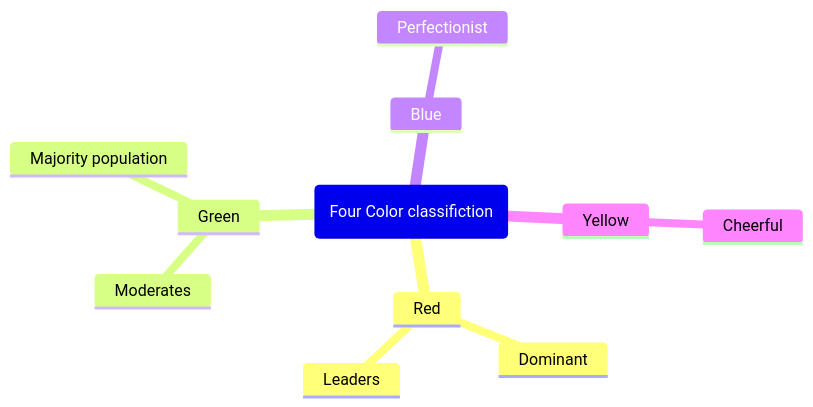
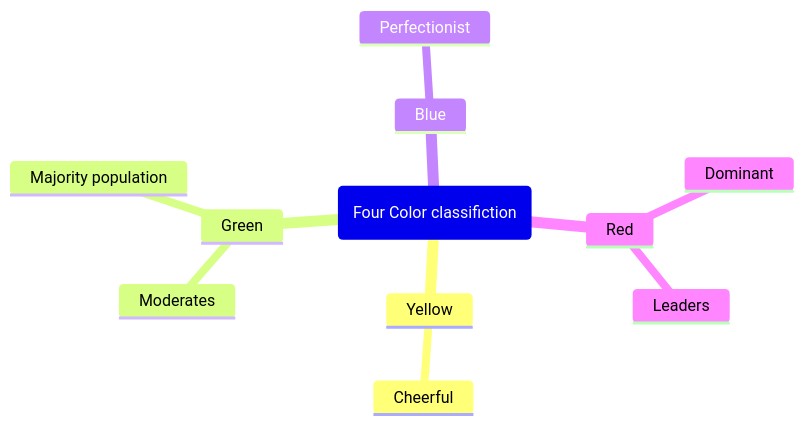
The diagram in reading_notes/Surrounded by idiots.md (gouravnema/notes), drawn with Mermaid before and after one commit.

Commit message:
Gouravs-MacBook-Air.local 2026-8-19:8:34:50

````diff
--- a/reading_notes/Surrounded by idiots.md
+++ b/reading_notes/Surrounded by idiots.md
@@ -3,15 +3,16 @@
 ```mermaid
 mindmap
         DISA (Four Color classifiction)
-         Red
-          Dominant 
-          Leaders
+         Yellow
+          Cheerful
          Green 
           Moderates
           Majority population
          Blue
           Perfectionist
-         Yellow
-          Cheerful
+         Red
+          Dominant 
+          Leaders
+         
 
 ```
````
